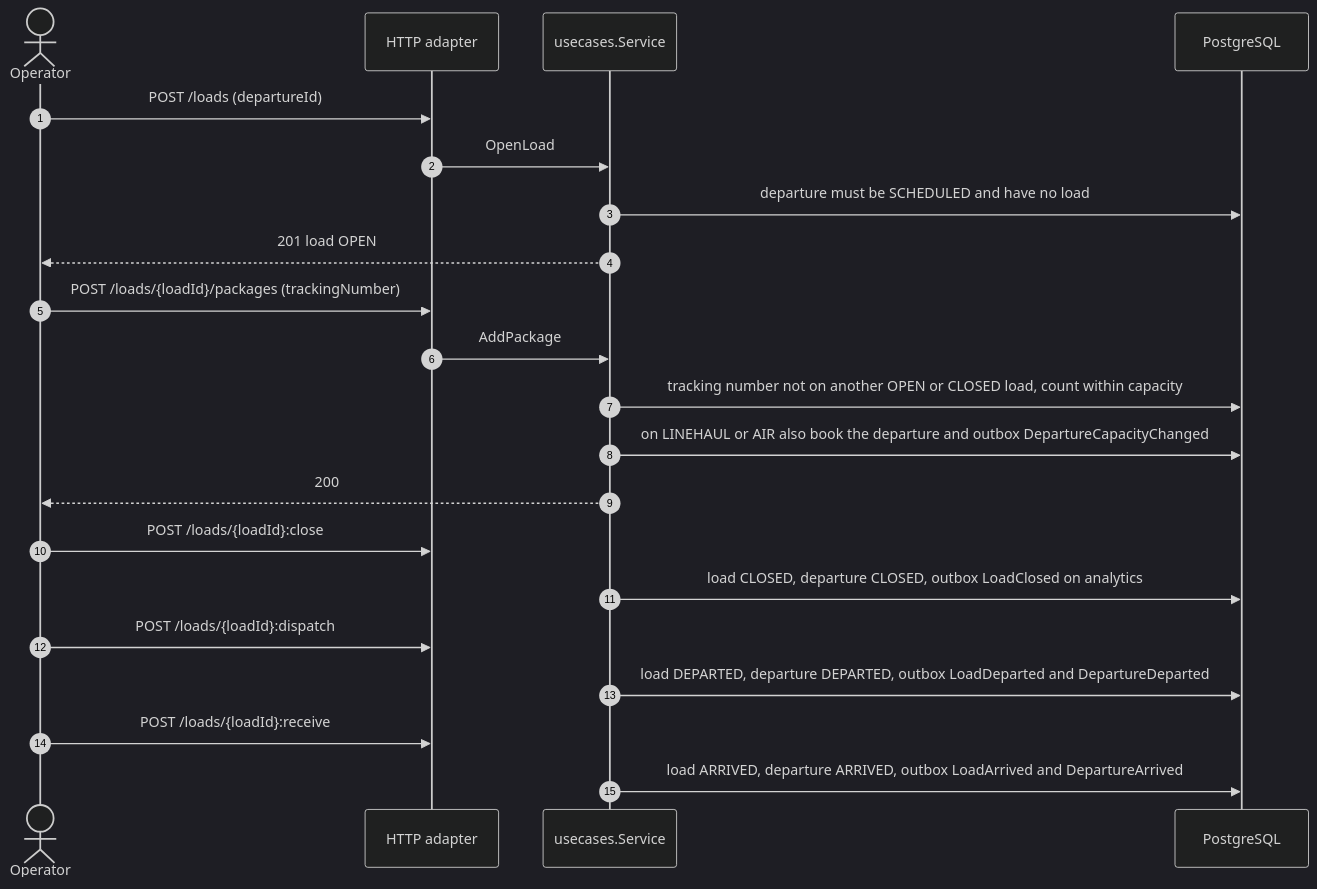
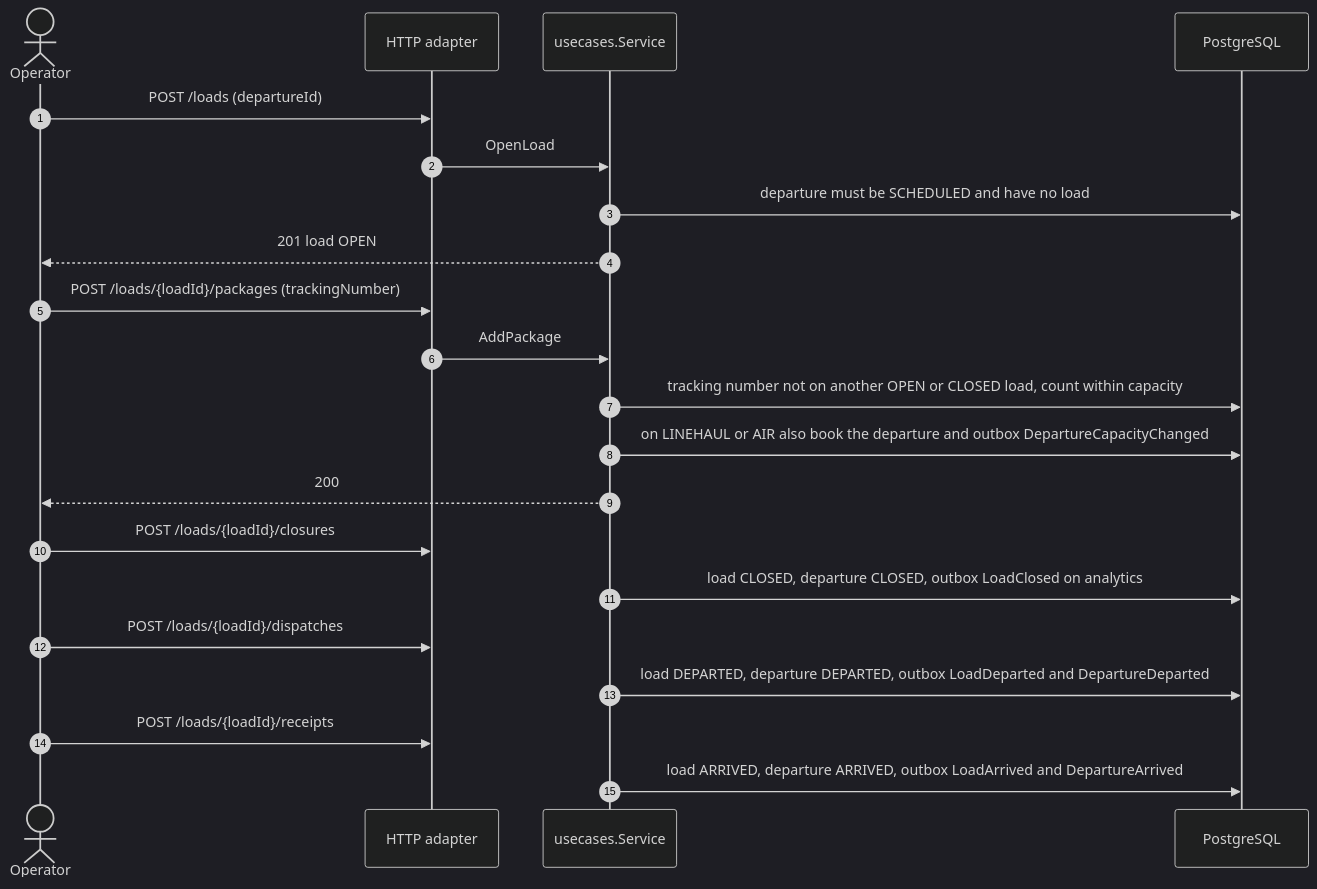
Before and after one commit to IQVO/linehaul-transportation: the fourth of 6 diagrams in docs/docs/ddd/sequence-diagrams.md, drawn with Mermaid (dark theme). The commit also changed other lines of this file and 49 other files, not shown here.

````diff
--- a/docs/docs/ddd/sequence-diagrams.md
+++ b/docs/docs/ddd/sequence-diagrams.md
@@ -117,23 +117,23 @@
 ```mermaid
 sequenceDiagram
     autonumber
     actor O as Operator
     participant H as HTTP adapter
     participant S as usecases.Service
     participant PG as PostgreSQL
     O->>H: POST /loads (departureId)
     H->>S: OpenLoad
     S->>PG: departure must be SCHEDULED and have no load
     S-->>O: 201 load OPEN
     O->>H: POST /loads/{loadId}/packages (trackingNumber)
     H->>S: AddPackage
     S->>PG: tracking number not on another OPEN or CLOSED load, count within capacity
     S->>PG: on LINEHAUL or AIR also book the departure and outbox DepartureCapacityChanged
     S-->>O: 200
-    O->>H: POST /loads/{loadId}:close
+    O->>H: POST /loads/{loadId}/closures
     S->>PG: load CLOSED, departure CLOSED, outbox LoadClosed on analytics
-    O->>H: POST /loads/{loadId}:dispatch
+    O->>H: POST /loads/{loadId}/dispatches
     S->>PG: load DEPARTED, departure DEPARTED, outbox LoadDeparted and DepartureDeparted
-    O->>H: POST /loads/{loadId}:receive
+    O->>H: POST /loads/{loadId}/receipts
     S->>PG: load ARRIVED, departure ARRIVED, outbox LoadArrived and DepartureArrived
 ```
````
